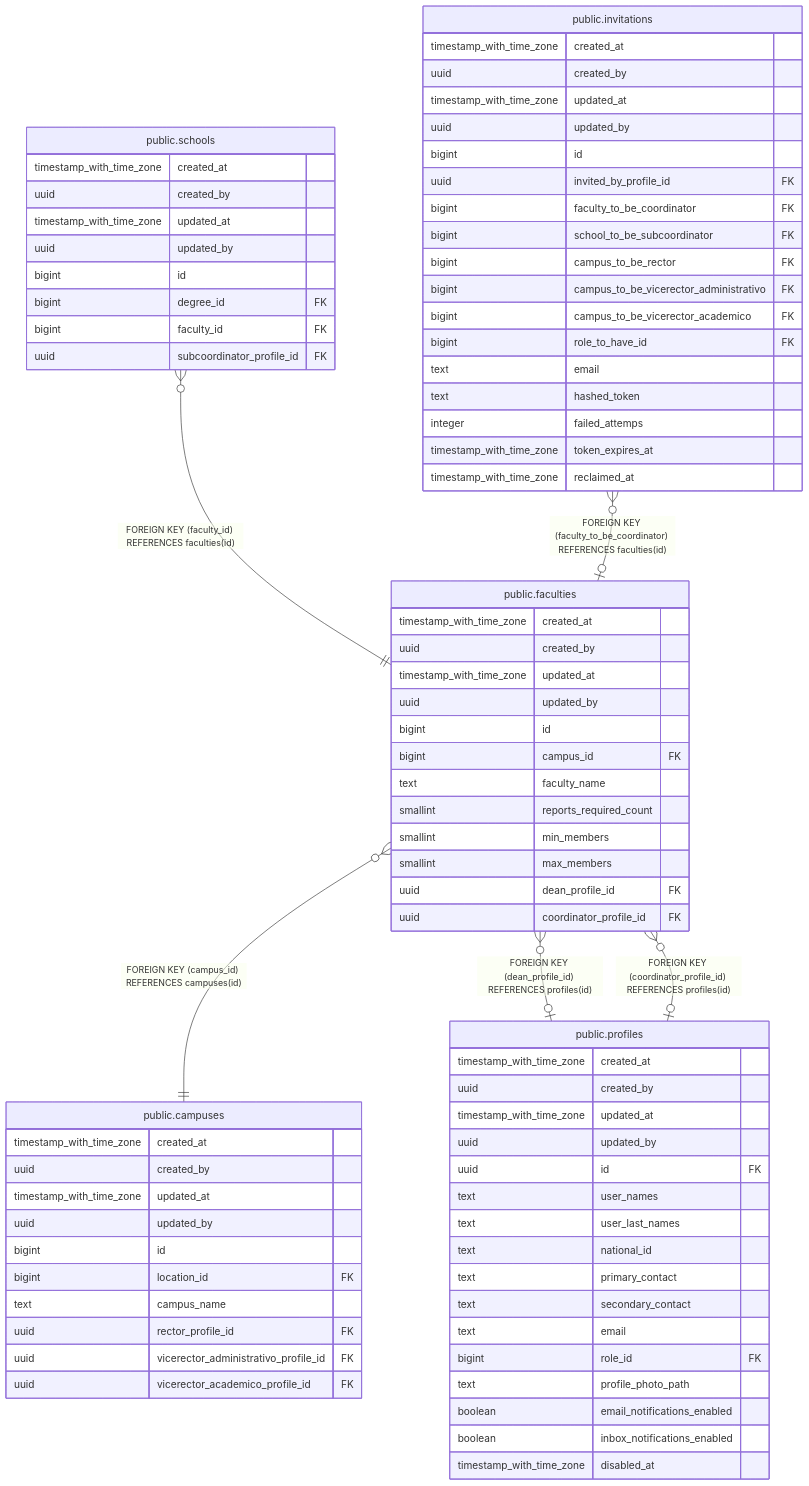
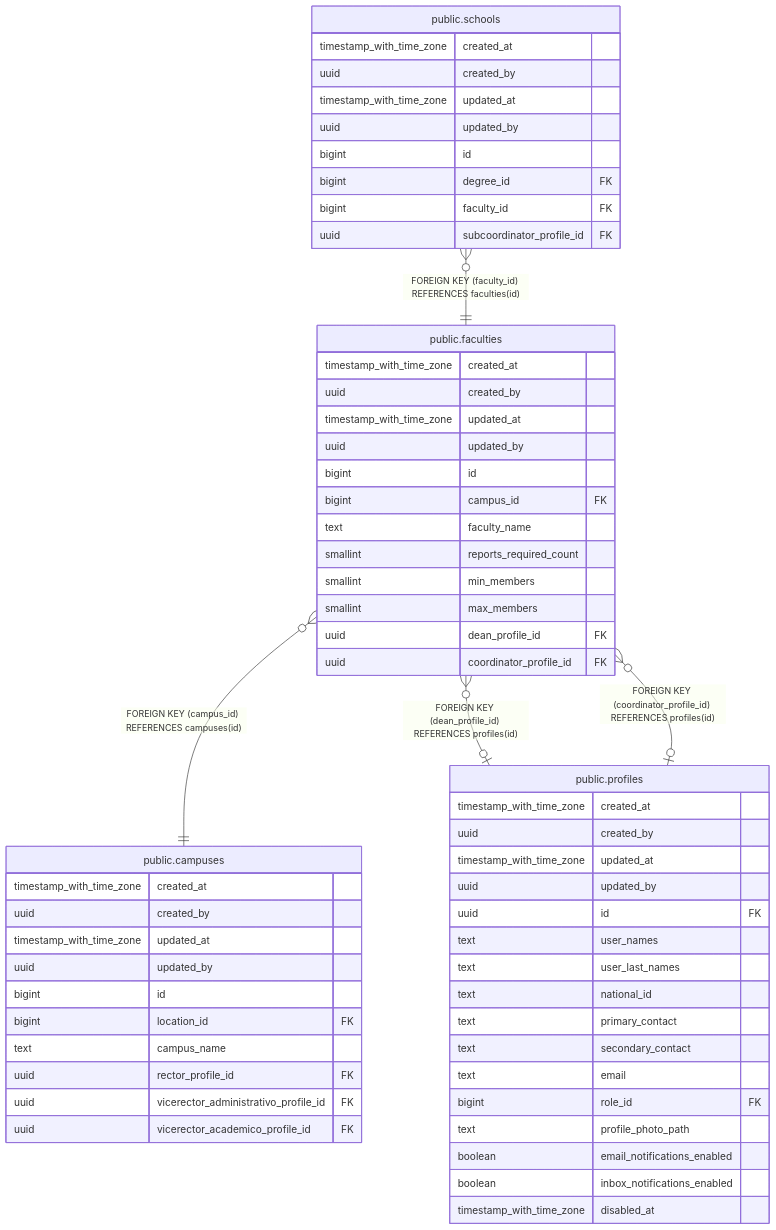
Before and after one commit to icristianhernandez/academic-service-backend: the diagram in docs/db/tbls/public.faculties.md, drawn with Mermaid. The commit also changed other lines of this file and 13 other files, not shown here.

```diff
--- a/docs/db/tbls/public.faculties.md
+++ b/docs/db/tbls/public.faculties.md
@@ -53,7 +53,6 @@
 erDiagram
 
 "public.schools" }o--|| "public.faculties" : "FOREIGN KEY (faculty_id) REFERENCES faculties(id)"
-"public.invitations" }o--o| "public.faculties" : "FOREIGN KEY (faculty_to_be_coordinator) REFERENCES faculties(id)"
 "public.faculties" }o--|| "public.campuses" : "FOREIGN KEY (campus_id) REFERENCES campuses(id)"
 "public.faculties" }o--o| "public.profiles" : "FOREIGN KEY (dean_profile_id) REFERENCES profiles(id)"
 "public.faculties" }o--o| "public.profiles" : "FOREIGN KEY (coordinator_profile_id) REFERENCES profiles(id)"
@@ -81,25 +80,6 @@
   bigint degree_id FK ""
   bigint faculty_id FK ""
   uuid subcoordinator_profile_id FK ""
-}
-"public.invitations" {
-  timestamp_with_time_zone created_at ""
-  uuid created_by ""
-  timestamp_with_time_zone updated_at ""
-  uuid updated_by ""
-  bigint id ""
-  uuid invited_by_profile_id FK ""
-  bigint faculty_to_be_coordinator FK ""
-  bigint school_to_be_subcoordinator FK ""
-  bigint campus_to_be_rector FK ""
-  bigint campus_to_be_vicerector_administrativo FK ""
-  bigint campus_to_be_vicerector_academico FK ""
-  bigint role_to_have_id FK ""
-  text email ""
-  text hashed_token ""
-  integer failed_attemps ""
-  timestamp_with_time_zone token_expires_at ""
-  timestamp_with_time_zone reclaimed_at ""
 }
 "public.campuses" {
   timestamp_with_time_zone created_at ""
```
